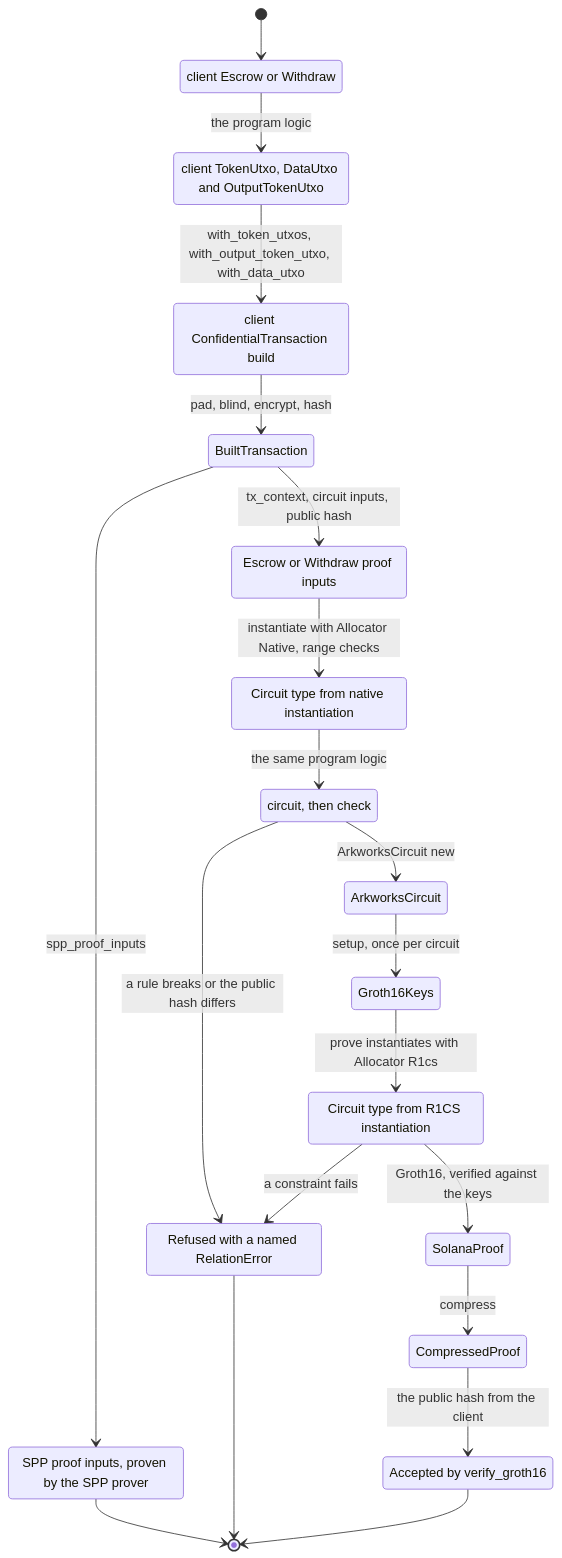
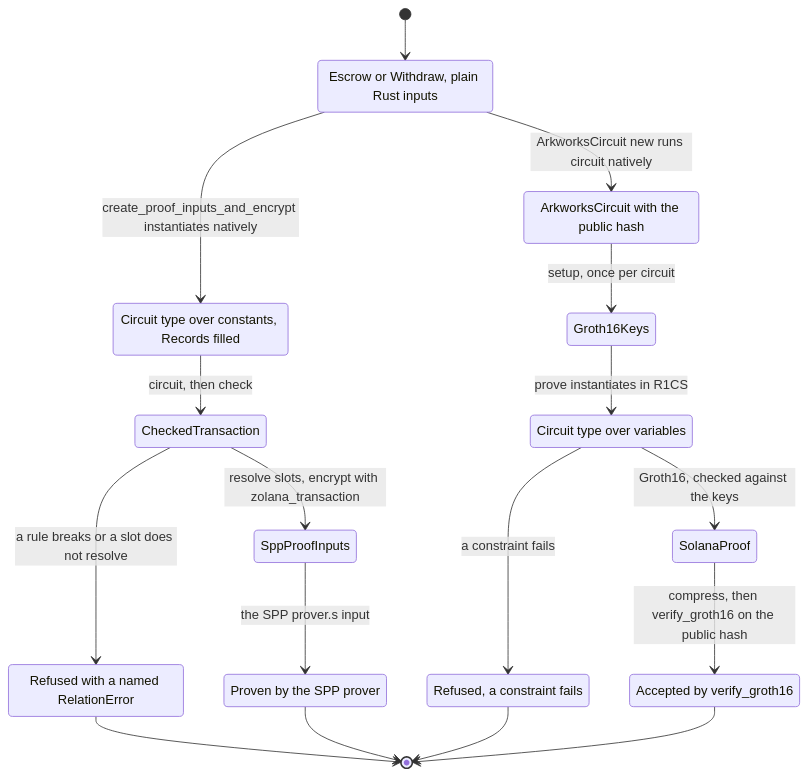
One commit to helius-labs/zolana changed the first of 2 diagrams in sdk-tests/timelock-escrow/arkworks/README.md. Above: the diagram before and after it, drawn with Mermaid. The commit also changed other lines of this file and 73 other files, not shown here.

````diff
--- a/sdk-tests/timelock-escrow/arkworks/README.md
+++ b/sdk-tests/timelock-escrow/arkworks/README.md
@@ -107,41 +126,35 @@
 ```mermaid
 stateDiagram-v2
-    accTitle: How an instruction goes from the client to the program verifier
-    accDescr: The client builds the transaction and both proofs' inputs. The Rust circuit runs natively to check the public hash, then in R1CS to prove. The program verifies the compressed proof. The SPP proof inputs come from the same build.
+    accTitle: How an instruction goes from its inputs to the program verifier
+    accDescr: The client runs the circuit natively to build the SPP transaction. The prover runs the same circuit in R1CS against the public hash. The program verifies the compressed proof.
 
-    state "client Escrow or Withdraw" as Client
-    state "client TokenUtxo, DataUtxo and OutputTokenUtxo" as ClientUtxos
-    state "client ConfidentialTransaction build" as Build
-    state "BuiltTransaction" as Built
-    state "SPP proof inputs, proven by the SPP prover" as Spp
-    state "Escrow or Withdraw proof inputs" as ProofInputs
-    state "Circuit type from native instantiation" as Native
-    state "circuit, then check" as Check
-    state "ArkworksCircuit" as Ready
+    state "Escrow or Withdraw, plain Rust inputs" as Inputs
+    state "Circuit type over constants, Records filled" as Native
+    state "CheckedTransaction" as Checked
+    state "SppProofInputs" as Spp
+    state "Proven by the SPP prover" as SppProver
+    state "ArkworksCircuit with the public hash" as Ready
     state "Groth16Keys" as Keys
-    state "Circuit type from R1CS instantiation" as R1cs
+    state "Circuit type over variables" as R1cs
     state "SolanaProof" as Proof
-    state "CompressedProof" as Compressed
     state "Accepted by verify_groth16" as Accepted
     state "Refused with a named RelationError" as Refused
+    state "Refused, a constraint fails" as Unsatisfied
 
-    [*] --> Client
-    Client --> ClientUtxos : the program logic
-    ClientUtxos --> Build : with_token_utxos, with_output_token_utxo, with_data_utxo
-    Build --> Built : pad, blind, encrypt, hash
-    Built --> Spp : spp_proof_inputs
-    Built --> ProofInputs : tx_context, circuit inputs, public hash
-    ProofInputs --> Native : instantiate with Allocator Native, range checks
-    Native --> Check : the same program logic
-    Check --> Refused : a rule breaks or the public hash differs
-    Check --> Ready : ArkworksCircuit new
+    [*] --> Inputs
+    Inputs --> Native : create_proof_inputs_and_encrypt instantiates natively
+    Native --> Checked : circuit, then check
+    Checked --> Refused : a rule breaks or a slot does not resolve
+    Checked --> Spp : resolve slots, encrypt with zolana_transaction
+    Spp --> SppProver : the SPP prover.s input
+    Inputs --> Ready : ArkworksCircuit new runs circuit natively
     Ready --> Keys : setup, once per circuit
-    Keys --> R1cs : prove instantiates with Allocator R1cs
-    R1cs --> Refused : a constraint fails
-    R1cs --> Proof : Groth16, verified against the keys
-    Proof --> Compressed : compress
-    Compressed --> Accepted : the public hash from the client
-    Spp --> [*]
+    Keys --> R1cs : prove instantiates in R1CS
+    R1cs --> Unsatisfied : a constraint fails
+    R1cs --> Proof : Groth16, checked against the keys
+    Proof --> Accepted : compress, then verify_groth16 on the public hash
+    SppProver --> [*]
     Accepted --> [*]
     Refused --> [*]
+    Unsatisfied --> [*]
 ```
````
